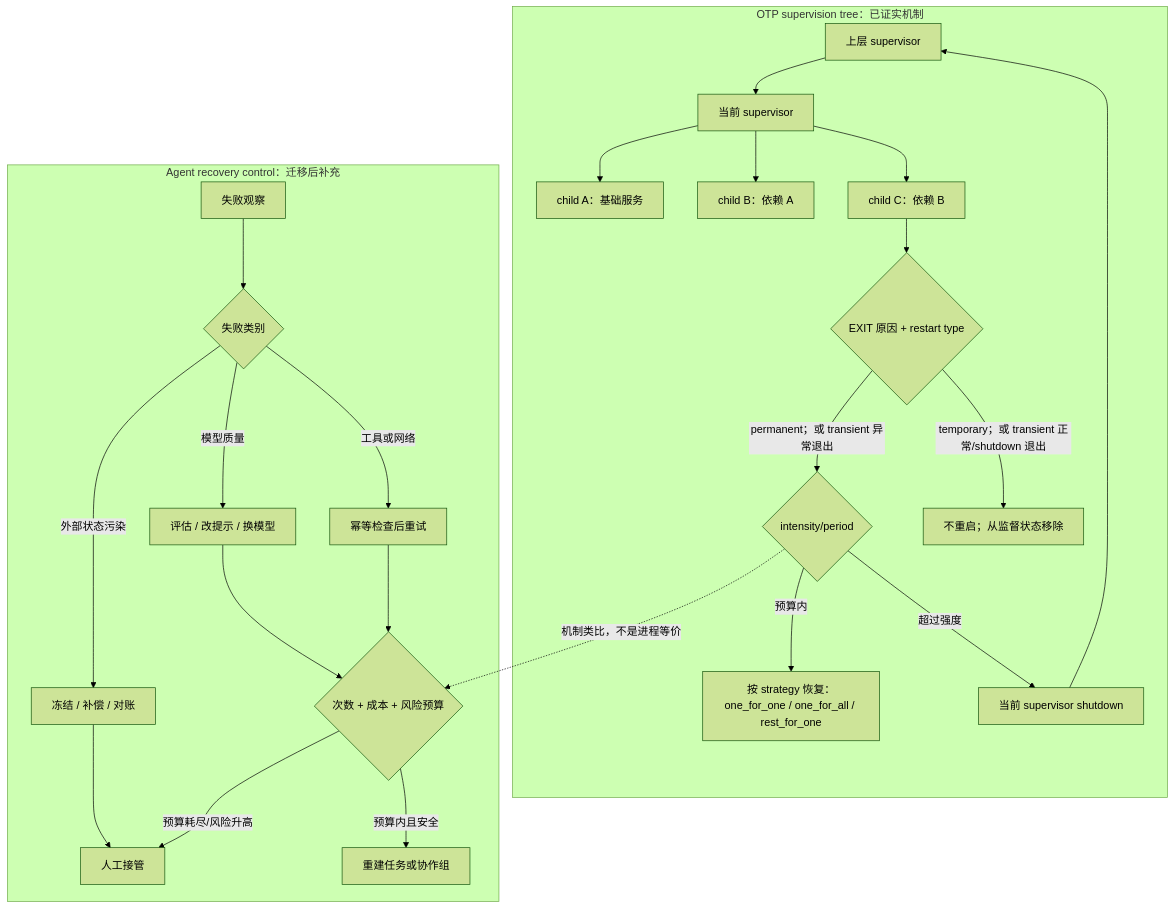
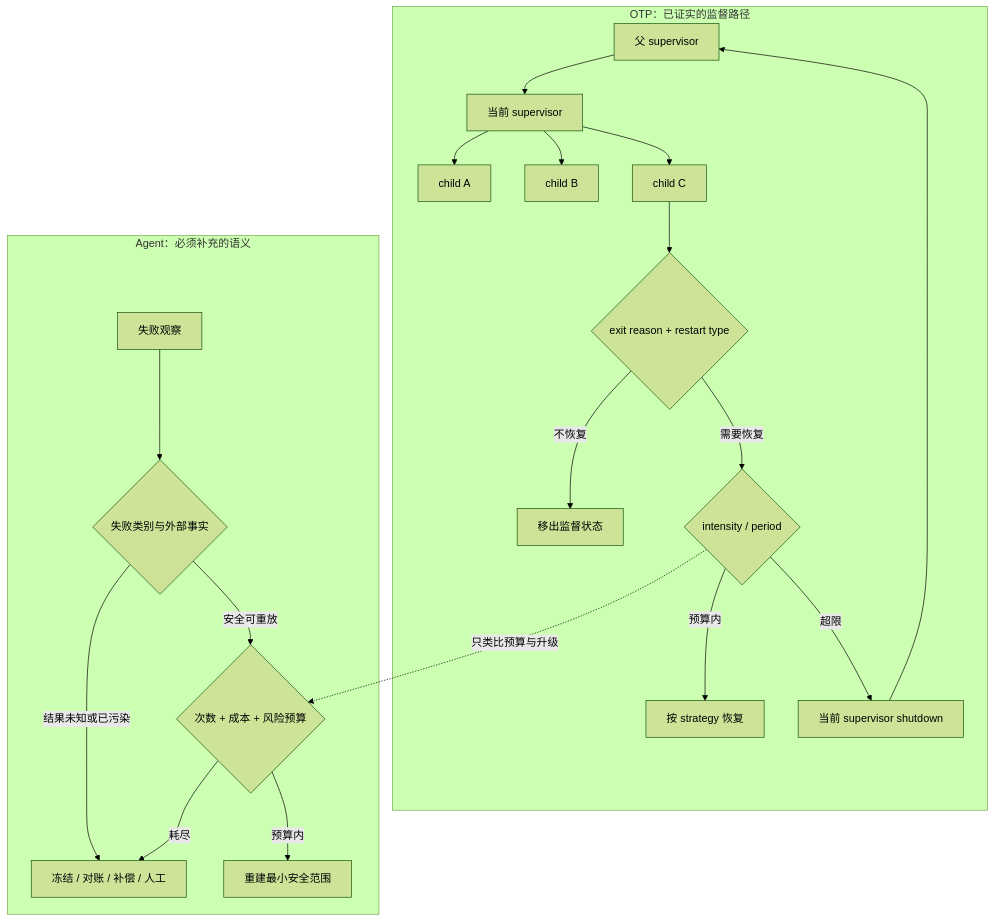
One commit to sealday/agentic-architecture-atlas changed the diagram in content/cases/erlang-otp-supervision-tree.mdx. Above: the diagram before and after it, drawn with Mermaid (forest theme). The commit also changed other lines of this file and 3 other files, not shown here.

````diff
--- a/content/cases/erlang-otp-supervision-tree.mdx
+++ b/content/cases/erlang-otp-supervision-tree.mdx
@@ -114,29 +108,25 @@
 ```mermaid
 flowchart TB
-    subgraph OTP["OTP supervision tree：已证实机制"]
-        P["上层 supervisor"] --> S["当前 supervisor"]
-        S --> A["child A：基础服务"]
-        S --> B["child B：依赖 A"]
-        S --> C["child C：依赖 B"]
-        C --> X{"EXIT 原因 + restart type"}
-        X -->|"permanent；或 transient 异常退出"| R{"intensity/period"}
-        X -->|"temporary；或 transient 正常/shutdown 退出"| N["不重启；从监督状态移除"]
-        R -->|"预算内"| A1["按 strategy 恢复：one_for_one / one_for_all / rest_for_one"]
-        R -->|"超过强度"| SD["当前 supervisor shutdown"]
+    subgraph OTP["OTP：已证实的监督路径"]
+        P["父 supervisor"] --> S["当前 supervisor"]
+        S --> A["child A"]
+        S --> B["child B"]
+        S --> C["child C"]
+        C --> X{"exit reason + restart type"}
+        X -->|"不恢复"| N["移出监督状态"]
+        X -->|"需要恢复"| R{"intensity / period"}
+        R -->|"预算内"| ST["按 strategy 恢复"]
+        R -->|"超限"| SD["当前 supervisor shutdown"]
         SD --> P
     end
 
-    subgraph AG["Agent recovery control：迁移后补充"]
-        F["失败观察"] --> K{"失败类别"}
-        K -->|"模型质量"| E["评估 / 改提示 / 换模型"]
-        K -->|"工具或网络"| I["幂等检查后重试"]
-        K -->|"外部状态污染"| C1["冻结 / 补偿 / 对账"]
-        E --> B1{"次数 + 成本 + 风险预算"}
-        I --> B1
-        C1 --> H["人工接管"]
-        B1 -->|"预算内且安全"| RR["重建任务或协作组"]
-        B1 -->|"预算耗尽/风险升高"| H
+    subgraph AG["Agent：必须补充的语义"]
+        F["失败观察"] --> K{"失败类别与外部事实"}
+        K -->|"安全可重放"| B1{"次数 + 成本 + 风险预算"}
+        K -->|"结果未知或已污染"| H["冻结 / 对账 / 补偿 / 人工"]
+        B1 -->|"预算内"| RR["重建最小安全范围"]
+        B1 -->|"耗尽"| H
     end
 
-    R -. "机制类比，不是进程等价" .-> B1
+    R -. "只类比预算与升级" .-> B1
 ```
````
